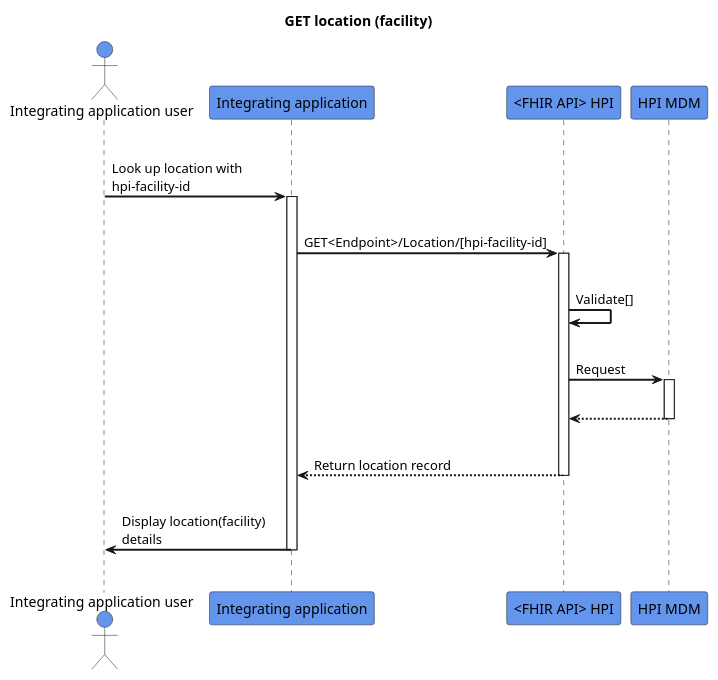
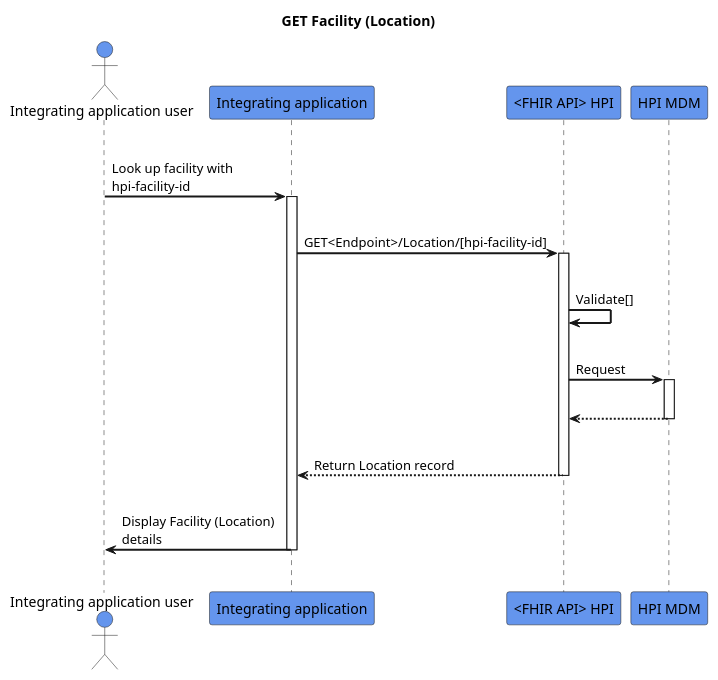
One commit to HL7NZ/hpi changed the diagram in input/images-source/get-location.plantuml. Above: the diagram before and after it, drawn with PlantUML.

```diff
--- a/input/images-source/get-location.plantuml
+++ b/input/images-source/get-location.plantuml
@@ -1,33 +1,33 @@
 @startuml
 skinparam sequenceArrowThickness 2
 skinparam roundcorner 5
 skinparam maxmessagesize 180
 skinparam sequenceParticipant bold
-title GET location (facility) 
+title GET Facility (Location) 
 actor "Integrating application user" as User #CornflowerBlue
 participant "Integrating application" as A #CornflowerBlue
 participant "<FHIR API> HPI" as B #CornflowerBlue
 participant "HPI MDM" as C #CornflowerBlue
 |||
-User -> A: Look up location with hpi-facility-id
+User -> A: Look up facility with hpi-facility-id
 activate A
 |||
 A -> B: GET<Endpoint>/Location/[hpi-facility-id]
 activate B
 |||
 B -> B: Validate[]
 |||
 B -> C: Request
 activate C
 |||
 
 C -[dashed]-> B:  
 deactivate C
 |||
-B -[dashed]-> A:Return location record
+B -[dashed]-> A:Return Location record
 deactivate B
 |||
-A -> User: Display location(facility) details
+A -> User: Display Facility (Location) details
 deactivate A
 |||
 @enduml
```
